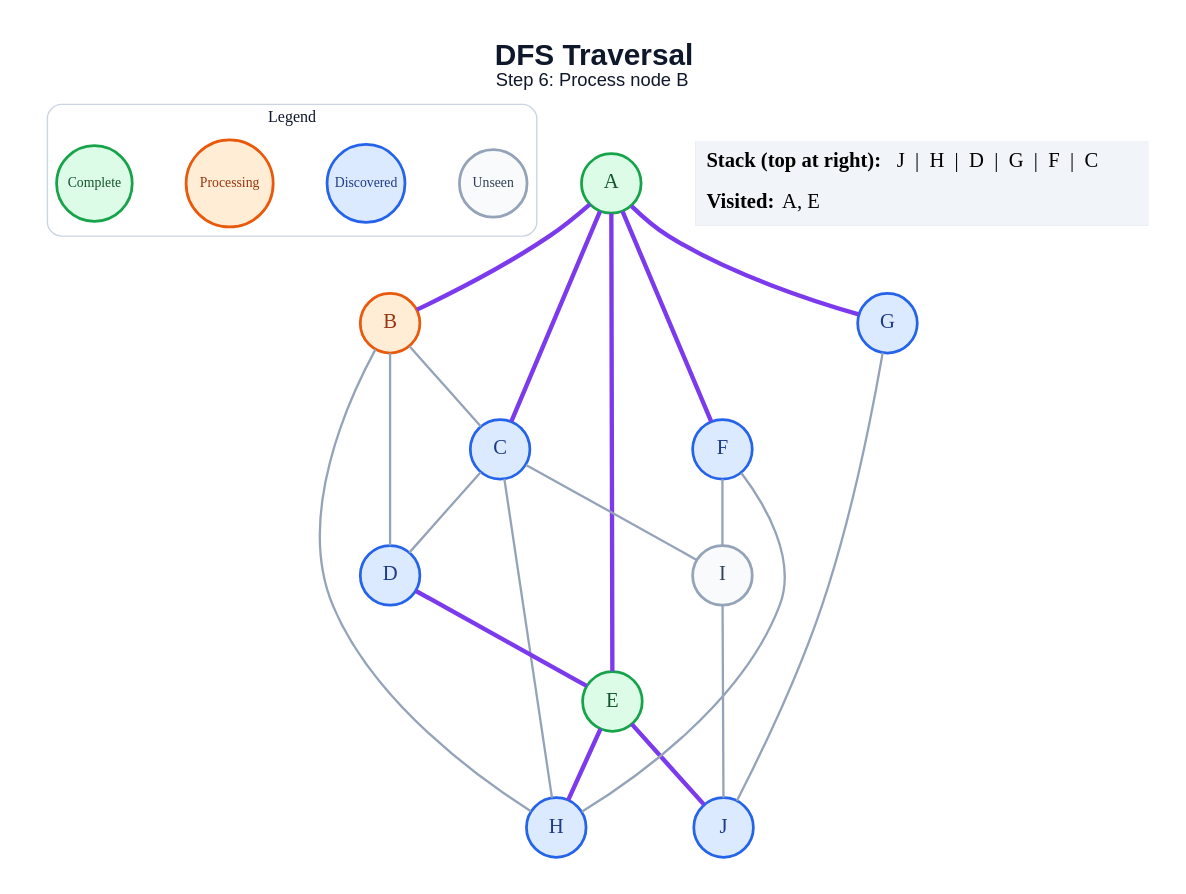
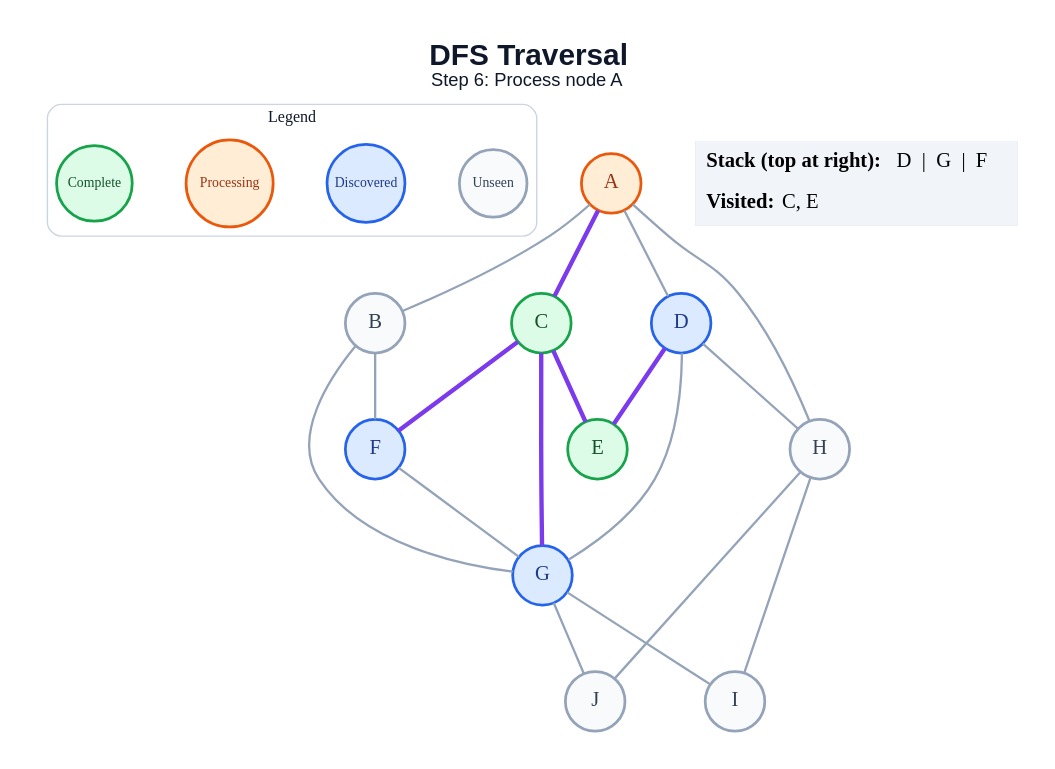
Before and after one commit to amanghodawala9/ai-slop: the diagram in generated/specific-node/dfs/step_06.dot, drawn with Graphviz. The commit also changed 178 other files, not shown here.

```diff
--- a/generated/specific-node/dfs/step_06.dot
+++ b/generated/specific-node/dfs/step_06.dot
@@ -1,47 +1,46 @@
 graph traversal {
   graph [layout=dot, rankdir=TB, bgcolor="#FFFFFF", pad="0.35", nodesep="0.65", ranksep="0.8", fontname="Arial"];
   node [shape=circle, style="filled", fontname="Arial Bold", fontsize=18, width=0.72, fixedsize=true, penwidth=2.4];
   edge [color="#94A3B8", penwidth=2.0];
-  label=<<B>DFS Traversal</B><BR/><FONT POINT-SIZE="16">Step 6: Process node B</FONT>>; labelloc="t"; fontsize=26; fontname="Arial"; fontcolor="#0F172A";
+  label=<<B>DFS Traversal</B><BR/><FONT POINT-SIZE="16">Step 6: Process node A</FONT>>; labelloc="t"; fontsize=26; fontname="Arial"; fontcolor="#0F172A";
   subgraph cluster_legend { label="Legend"; color="#CBD5E1"; penwidth=1.2; style="rounded"; fontsize=14; fontname="Arial Bold";
     key_unseen [label="Unseen", fillcolor="#F8FAFC", color="#94A3B8", fontcolor="#334155", fontsize=12, width=0.82];
     key_frontier [label="Discovered", fillcolor="#DBEAFE", color="#2563EB", fontcolor="#1E3A8A", fontsize=12, width=0.95];
     key_current [label="Processing", fillcolor="#FFEDD5", color="#EA580C", fontcolor="#9A3412", fontsize=12, width=1.05];
     key_done [label="Complete", fillcolor="#DCFCE7", color="#16A34A", fontcolor="#14532D", fontsize=12, width=0.92];
     { rank=same; key_unseen; key_frontier; key_current; key_done; }
   }
-  A [fillcolor="#DCFCE7", color="#16A34A", fontcolor="#14532D"];
-  B [fillcolor="#FFEDD5", color="#EA580C", fontcolor="#9A3412"];
-  C [fillcolor="#DBEAFE", color="#2563EB", fontcolor="#1E3A8A"];
+  A [fillcolor="#FFEDD5", color="#EA580C", fontcolor="#9A3412"];
+  B [fillcolor="#F8FAFC", color="#94A3B8", fontcolor="#334155"];
+  C [fillcolor="#DCFCE7", color="#16A34A", fontcolor="#14532D"];
   D [fillcolor="#DBEAFE", color="#2563EB", fontcolor="#1E3A8A"];
   E [fillcolor="#DCFCE7", color="#16A34A", fontcolor="#14532D"];
   F [fillcolor="#DBEAFE", color="#2563EB", fontcolor="#1E3A8A"];
   G [fillcolor="#DBEAFE", color="#2563EB", fontcolor="#1E3A8A"];
-  H [fillcolor="#DBEAFE", color="#2563EB", fontcolor="#1E3A8A"];
+  H [fillcolor="#F8FAFC", color="#94A3B8", fontcolor="#334155"];
   I [fillcolor="#F8FAFC", color="#94A3B8", fontcolor="#334155"];
-  J [fillcolor="#DBEAFE", color="#2563EB", fontcolor="#1E3A8A"];
-  A -- B [color="#7C3AED", penwidth=3.8];
+  J [fillcolor="#F8FAFC", color="#94A3B8", fontcolor="#334155"];
+  A -- B;
   A -- C [color="#7C3AED", penwidth=3.8];
-  A -- E [color="#7C3AED", penwidth=3.8];
-  A -- F [color="#7C3AED", penwidth=3.8];
-  A -- G [color="#7C3AED", penwidth=3.8];
-  B -- C;
-  B -- D;
-  B -- H;
-  C -- D;
-  C -- H;
-  C -- I;
+  A -- D;
+  A -- H;
+  B -- F;
+  B -- G;
+  C -- E [color="#7C3AED", penwidth=3.8];
+  C -- F [color="#7C3AED", penwidth=3.8];
+  C -- G [color="#7C3AED", penwidth=3.8];
   D -- E [color="#7C3AED", penwidth=3.8];
-  E -- H [color="#7C3AED", penwidth=3.8];
-  E -- J [color="#7C3AED", penwidth=3.8];
-  F -- H;
-  F -- I;
+  D -- G;
+  D -- H;
+  F -- G;
+  G -- I;
   G -- J;
-  I -- J;
+  H -- I;
+  H -- J;
   status [shape=plain, fixedsize=false, width=0, height=0, margin=0, label=<
     <TABLE BORDER="0" CELLBORDER="0" CELLPADDING="7" BGCOLOR="#F1F5F9">
-      <TR><TD ALIGN="LEFT"><B>Stack (top at right):</B> J  |  H  |  D  |  G  |  F  |  C</TD></TR>
-      <TR><TD ALIGN="LEFT"><B>Visited:</B> A, E</TD></TR>
+      <TR><TD ALIGN="LEFT"><B>Stack (top at right):</B> D  |  G  |  F</TD></TR>
+      <TR><TD ALIGN="LEFT"><B>Visited:</B> C, E</TD></TR>
     </TABLE>
   >];
 }
```
